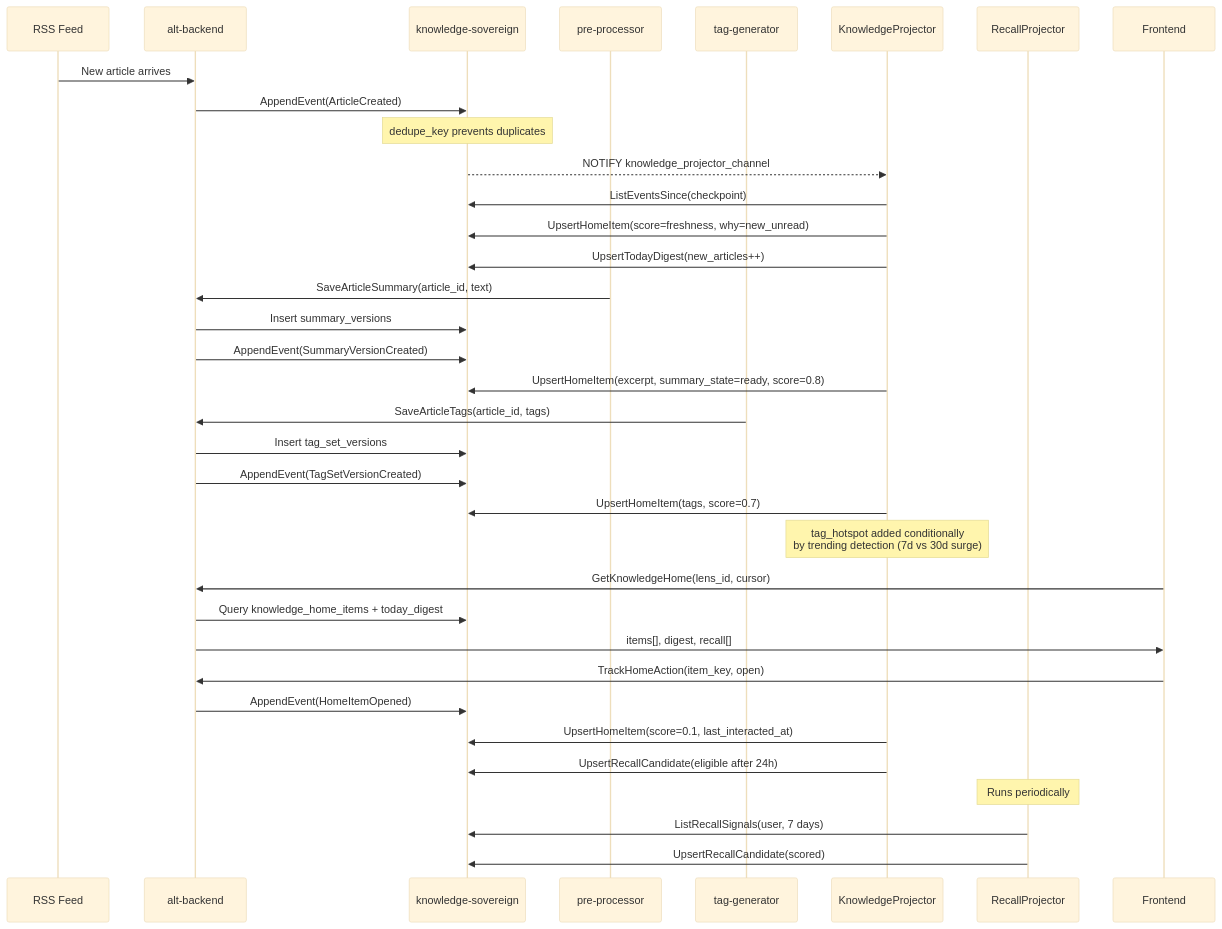
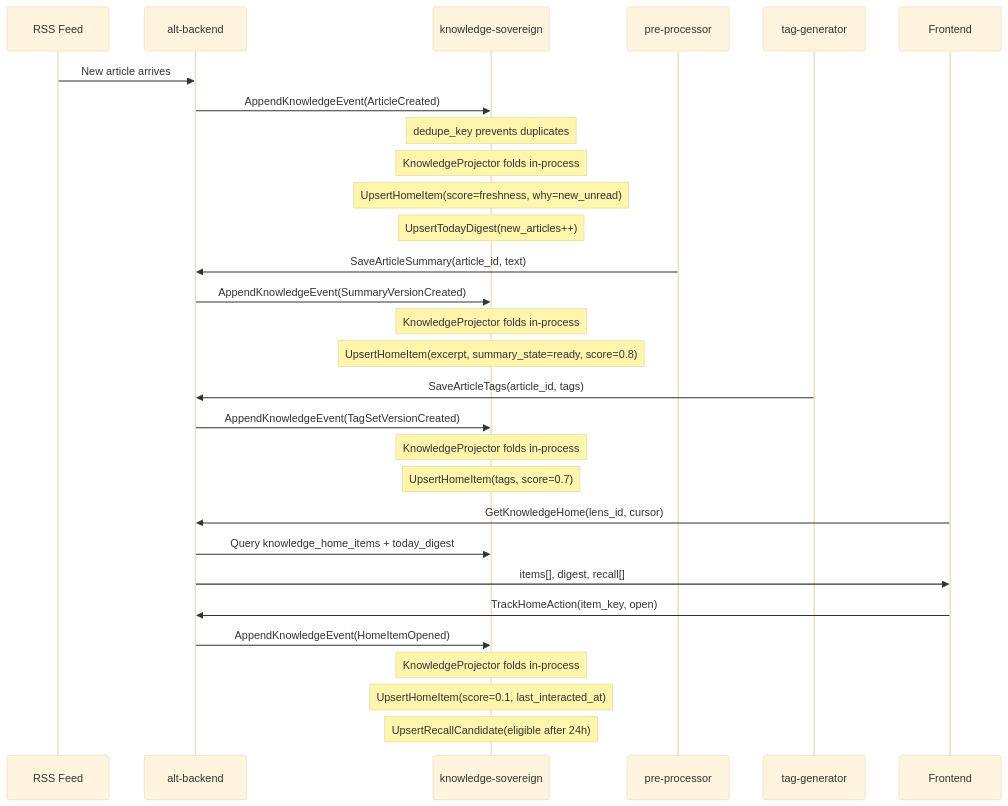
Before and after one commit to Kaikei-e/Alt: the first of 2 diagrams in docs/features/knowledge-home/data-flow.md, drawn with Mermaid (base theme). The commit also changed other lines of this file and 205 other files, not shown here.

````diff
--- a/docs/features/knowledge-home/data-flow.md
+++ b/docs/features/knowledge-home/data-flow.md
@@ -31,44 +31,36 @@
 ```mermaid
 sequenceDiagram
   participant RSS as RSS Feed
   participant AB as alt-backend
   participant KS as knowledge-sovereign
   participant PP as pre-processor
   participant TG as tag-generator
-  participant KP as KnowledgeProjector
-  participant RP as RecallProjector
   participant FE as Frontend
 
   RSS->>AB: New article arrives
-  AB->>KS: AppendEvent(ArticleCreated)
+  AB->>KS: AppendKnowledgeEvent(ArticleCreated)
   Note over KS: dedupe_key prevents duplicates
-
-  KS-->>KP: NOTIFY knowledge_projector_channel
-  KP->>KS: ListEventsSince(checkpoint)
-  KP->>KS: UpsertHomeItem(score=freshness, why=new_unread)
-  KP->>KS: UpsertTodayDigest(new_articles++)
+  Note over KS: KnowledgeProjector folds in-process
+  Note over KS: UpsertHomeItem(score=freshness, why=new_unread)
+  Note over KS: UpsertTodayDigest(new_articles++)
 
   PP->>AB: SaveArticleSummary(article_id, text)
-  AB->>KS: Insert summary_versions
-  AB->>KS: AppendEvent(SummaryVersionCreated)
-  KP->>KS: UpsertHomeItem(excerpt, summary_state=ready, score=0.8)
+  AB->>KS: AppendKnowledgeEvent(SummaryVersionCreated)
+  Note over KS: KnowledgeProjector folds in-process
+  Note over KS: UpsertHomeItem(excerpt, summary_state=ready, score=0.8)
 
   TG->>AB: SaveArticleTags(article_id, tags)
-  AB->>KS: Insert tag_set_versions
-  AB->>KS: AppendEvent(TagSetVersionCreated)
-  KP->>KS: UpsertHomeItem(tags, score=0.7)
-  Note over KP: tag_hotspot added conditionally<br/>by trending detection (7d vs 30d surge)
+  AB->>KS: AppendKnowledgeEvent(TagSetVersionCreated)
+  Note over KS: KnowledgeProjector folds in-process
+  Note over KS: UpsertHomeItem(tags, score=0.7)
 
   FE->>AB: GetKnowledgeHome(lens_id, cursor)
   AB->>KS: Query knowledge_home_items + today_digest
   AB->>FE: items[], digest, recall[]
 
   FE->>AB: TrackHomeAction(item_key, open)
-  AB->>KS: AppendEvent(HomeItemOpened)
-  KP->>KS: UpsertHomeItem(score=0.1, last_interacted_at)
-  KP->>KS: UpsertRecallCandidate(eligible after 24h)
-
-  Note over RP: Runs periodically
-  RP->>KS: ListRecallSignals(user, 7 days)
-  RP->>KS: UpsertRecallCandidate(scored)
+  AB->>KS: AppendKnowledgeEvent(HomeItemOpened)
+  Note over KS: KnowledgeProjector folds in-process
+  Note over KS: UpsertHomeItem(score=0.1, last_interacted_at)
+  Note over KS: UpsertRecallCandidate(eligible after 24h)
 ```
````
